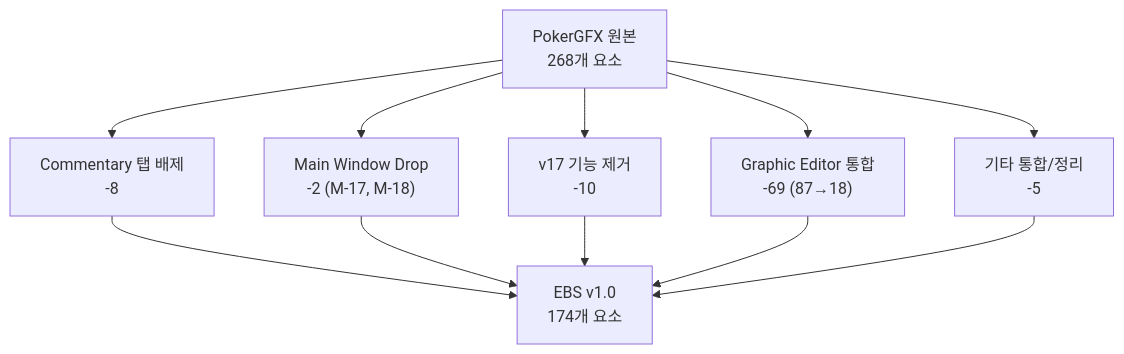
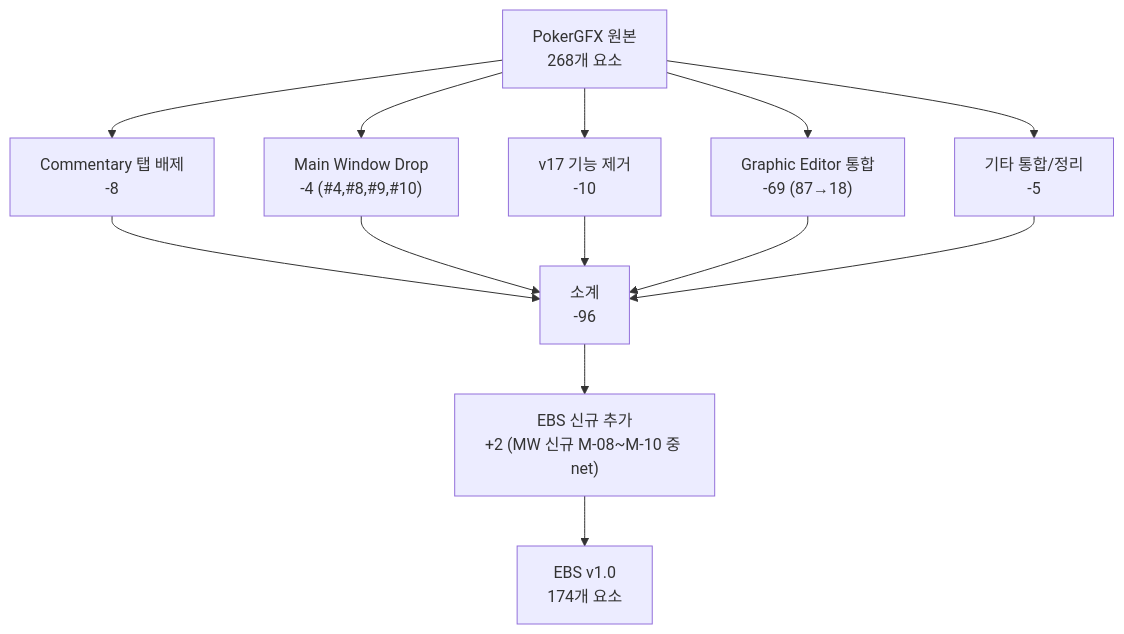
Before and after one commit to garimto81/ebs: the first of 5 diagrams in docs/01_PokerGFX_Analysis/PRD-0004-EBS-Server-UI-Design.md, drawn with Mermaid. The commit also changed other lines of this file and 7 other files, not shown here.

````diff
--- a/docs/01_PokerGFX_Analysis/PRD-0004-EBS-Server-UI-Design.md
+++ b/docs/01_PokerGFX_Analysis/PRD-0004-EBS-Server-UI-Design.md
@@ -80,13 +78,15 @@
 ```mermaid
 flowchart TD
     PGX["PokerGFX 원본<br/>268개 요소"] --> C1["Commentary 탭 배제<br/>-8"]
-    PGX --> C2["Main Window Drop<br/>-2 (M-17, M-18)"]
+    PGX --> C2["Main Window Drop<br/>-4 (#4,#8,#9,#10)"]
     PGX --> C3["v17 기능 제거<br/>-10"]
     PGX --> C4["Graphic Editor 통합<br/>-69 (87→18)"]
     PGX --> C5["기타 통합/정리<br/>-5"]
-    C1 --> EBS["EBS v1.0<br/>174개 요소"]
-    C2 --> EBS
-    C3 --> EBS
-    C4 --> EBS
-    C5 --> EBS
+    C1 --> SUM["소계<br/>-96"]
+    C2 --> SUM
+    C3 --> SUM
+    C4 --> SUM
+    C5 --> SUM
+    SUM --> NEW["EBS 신규 추가<br/>+2 (MW 신규 M-08~M-10 중 net)"]
+    NEW --> EBS["EBS v1.0<br/>174개 요소"]
 ```
````
